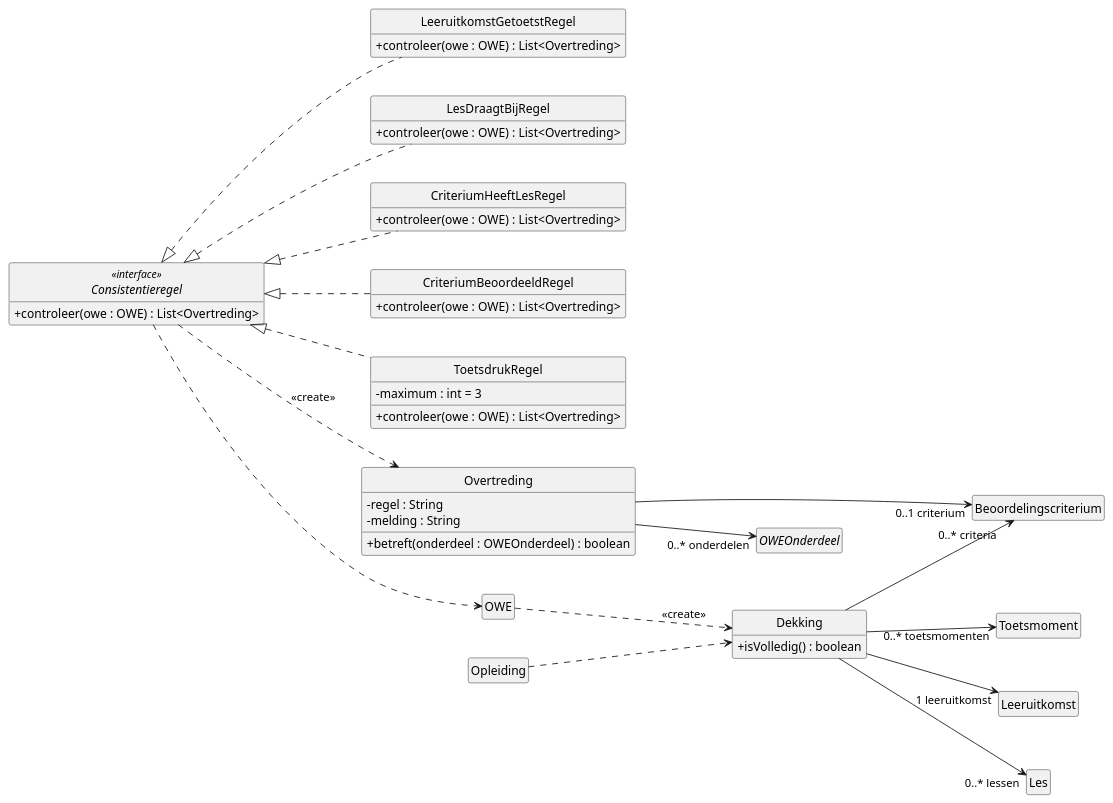
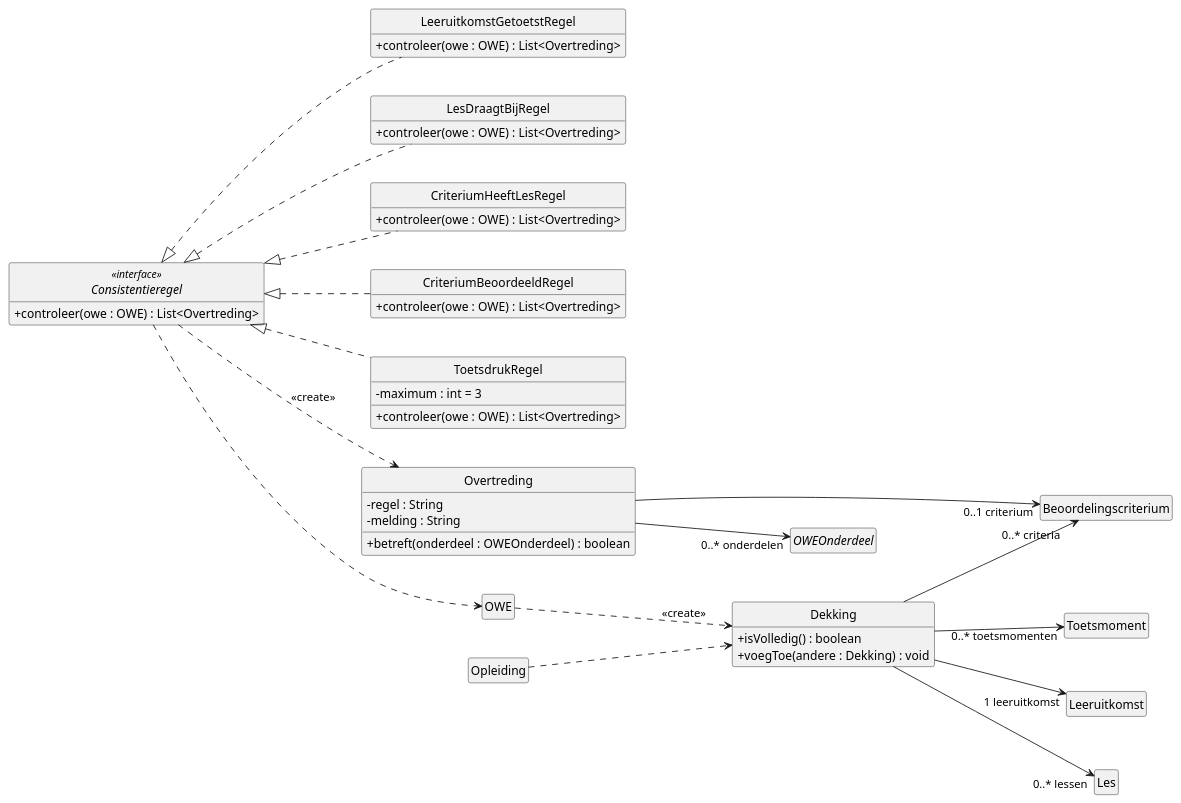
Before and after one commit to HAN-Craftsmanship-KL-JJG/casus: the diagram in docs/diagrams/klassendiagram-controle.puml, drawn with PlantUML. The commit also changed 5 other files, not shown here.

```diff
--- a/docs/diagrams/klassendiagram-controle.puml
+++ b/docs/diagrams/klassendiagram-controle.puml
@@ -1,71 +1,72 @@
 @startuml klassendiagram-controle
 ' Design class diagram van ICDE: consistentieregels en dekking (UC05, UC08).
 ' Toelichting: docs/klassendiagram.md
 ' OWE, Leeruitkomst, Beoordelingscriterium, Les en Toetsmoment staan volledig in
 ' klassendiagram-domein.puml.
 skinparam style strictuml
 skinparam shadowing false
 skinparam defaultFontName Helvetica
 skinparam classAttributeIconSize 0
 hide empty members
 left to right direction
 skinparam nodesep 45
 
 interface Consistentieregel <<interface>> {
   + controleer(owe : OWE) : List<Overtreding>
 }
 
 class LeeruitkomstGetoetstRegel {
   + controleer(owe : OWE) : List<Overtreding>
 }
 class LesDraagtBijRegel {
   + controleer(owe : OWE) : List<Overtreding>
 }
 class CriteriumHeeftLesRegel {
   + controleer(owe : OWE) : List<Overtreding>
 }
 class CriteriumBeoordeeldRegel {
   + controleer(owe : OWE) : List<Overtreding>
 }
 class ToetsdrukRegel {
   - maximum : int = 3
   + controleer(owe : OWE) : List<Overtreding>
 }
 
 class Overtreding {
   - regel : String
   - melding : String
   + betreft(onderdeel : OWEOnderdeel) : boolean
 }
 
 class Dekking {
   + isVolledig() : boolean
+  + voegToe(andere : Dekking) : void
 }
 
 class OWE
 class Opleiding
 class Leeruitkomst
 class Beoordelingscriterium
 class Les
 class Toetsmoment
 abstract class OWEOnderdeel
 
 Consistentieregel <|.. LeeruitkomstGetoetstRegel
 Consistentieregel <|.. LesDraagtBijRegel
 Consistentieregel <|.. CriteriumHeeftLesRegel
 Consistentieregel <|.. CriteriumBeoordeeldRegel
 Consistentieregel <|.. ToetsdrukRegel
 
 Consistentieregel ..> OWE
 Consistentieregel ..> Overtreding : <<create>>
 Overtreding --> "0..* onderdelen" OWEOnderdeel
 Overtreding --> "0..1 criterium" Beoordelingscriterium
 
 Opleiding ..> Dekking
 OWE ..> Dekking : <<create>>
 ' Langere lijnen geven de rolnamen bij Dekking ruimte.
 Dekking ---> "1 leeruitkomst" Leeruitkomst
 Dekking ---> "0..* criteria" Beoordelingscriterium
 Dekking ---> "0..* toetsmomenten" Toetsmoment
 Dekking ---> "0..* lessen" Les
 @enduml
```
